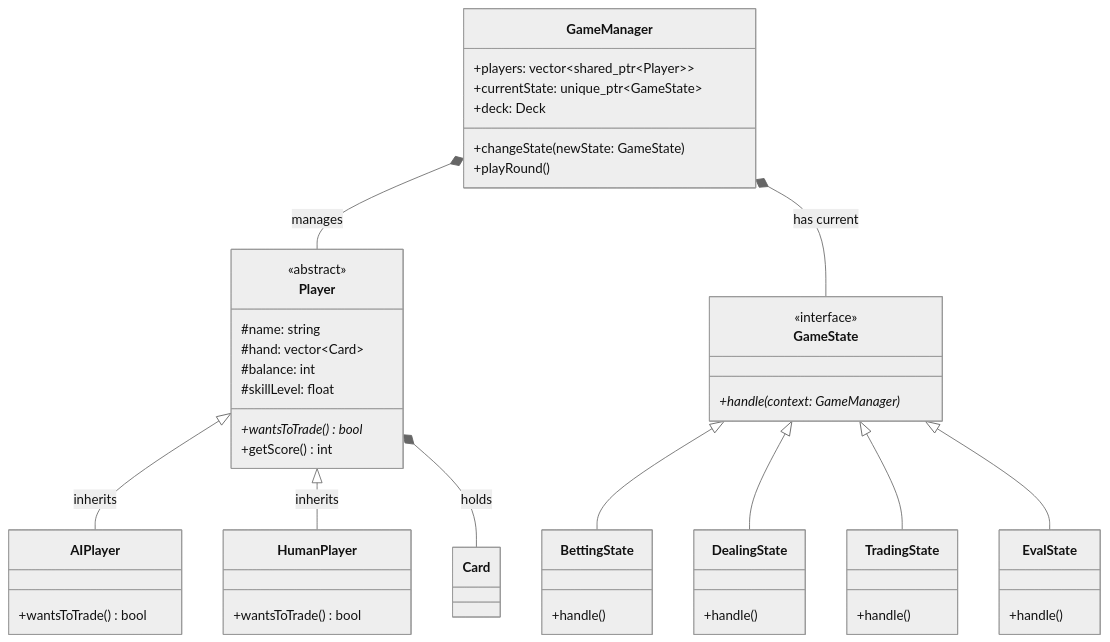
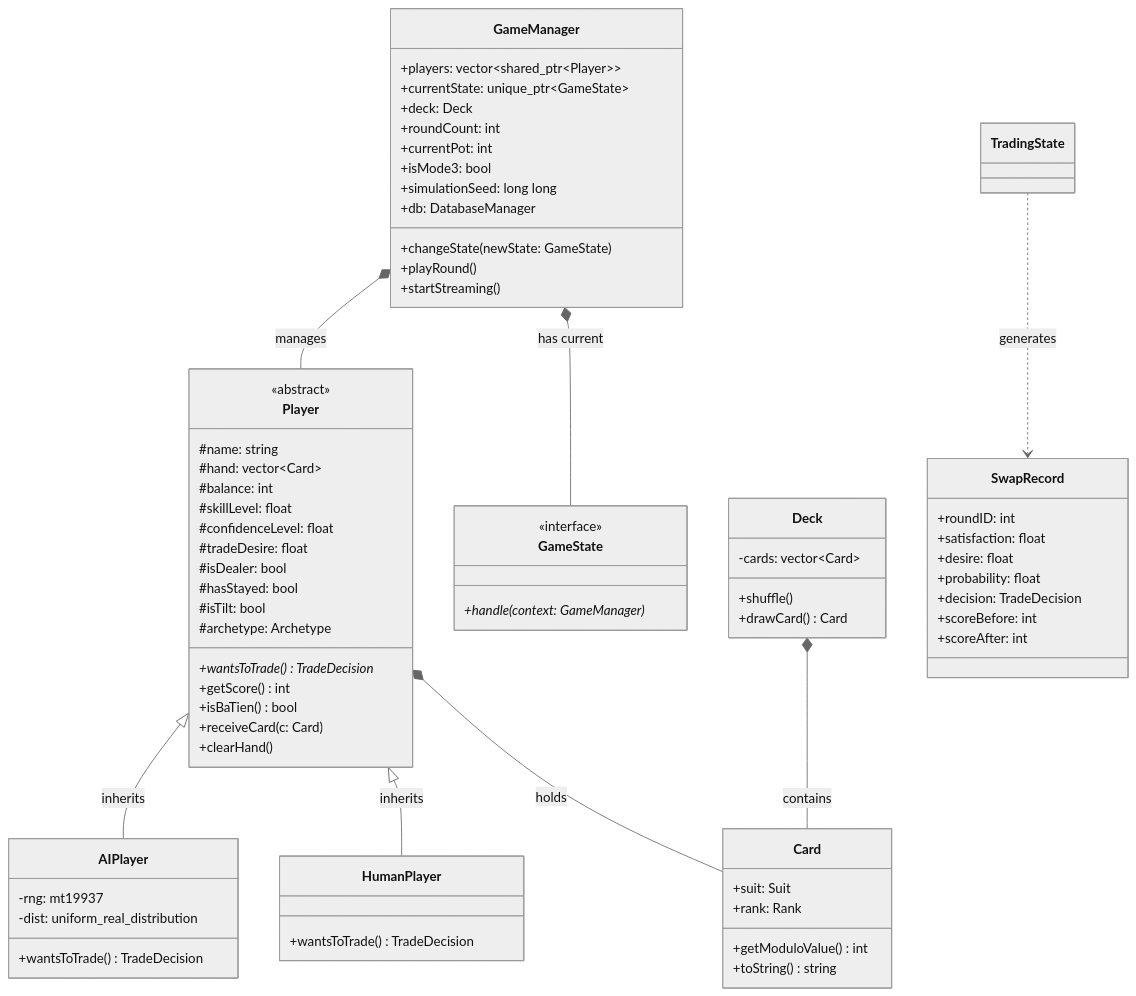
The diagram in OOP_ARCHITECTURE.md (trung-nova/BaiCaoCai_Simulator-DEV), drawn with Mermaid (neutral theme) before and after one commit. The commit also changed other lines of this file and 1 other file, not shown here.

Commit message:
docs: expand OOP architecture with full attributes and detailed descriptions

````diff
--- a/OOP_ARCHITECTURE.md
+++ b/OOP_ARCHITECTURE.md
@@ -11,48 +11,81 @@
 ```mermaid
 classDiagram
     class GameManager {
         +players: vector~shared_ptr~Player~~
         +currentState: unique_ptr~GameState~
         +deck: Deck
+        +roundCount: int
+        +currentPot: int
+        +isMode3: bool
+        +simulationSeed: long long
+        +db: DatabaseManager
         +changeState(newState: GameState)
         +playRound()
+        +startStreaming()
     }
 
     class Player {
         <<abstract>>
         #name: string
         #hand: vector~Card~
         #balance: int
         #skillLevel: float
-        +wantsToTrade()* bool
+        #confidenceLevel: float
+        #tradeDesire: float
+        #isDealer: bool
+        #hasStayed: bool
+        #isTilt: bool
+        #archetype: Archetype
+        +wantsToTrade()* TradeDecision
         +getScore() int
+        +isBaTien() bool
+        +receiveCard(c: Card)
+        +clearHand()
     }
 
     class AIPlayer {
-        +wantsToTrade() bool
+        -rng: mt19937
+        -dist: uniform_real_distribution
+        +wantsToTrade() TradeDecision
     }
 
     class HumanPlayer {
-        +wantsToTrade() bool
+        +wantsToTrade() TradeDecision
     }
 
     class GameState {
         <<interface>>
         +handle(context: GameManager)*
     }
 
-    class BettingState { +handle() }
-    class DealingState { +handle() }
-    class TradingState { +handle() }
-    class EvalState { +handle() }
+    class Card {
+        +suit: Suit
+        +rank: Rank
+        +getModuloValue() int
+        +toString() string
+    }
+
+    class Deck {
+        -cards: vector~Card~
+        +shuffle()
+        +drawCard() Card
+    }
+
+    class SwapRecord {
+        +roundID: int
+        +satisfaction: float
+        +desire: float
+        +probability: float
+        +decision: TradeDecision
+        +scoreBefore: int
+        +scoreAfter: int
+    }
 
     GameManager *-- Player : manages
     GameManager *-- GameState : has current
     Player <|-- AIPlayer : inherits
     Player <|-- HumanPlayer : inherits
-    GameState <|-- BettingState
-    GameState <|-- DealingState
-    GameState <|-- TradingState
-    GameState <|-- EvalState
     Player *-- Card : holds
+    Deck *-- Card : contains
+    TradingState ..> SwapRecord : generates
 ```
````
